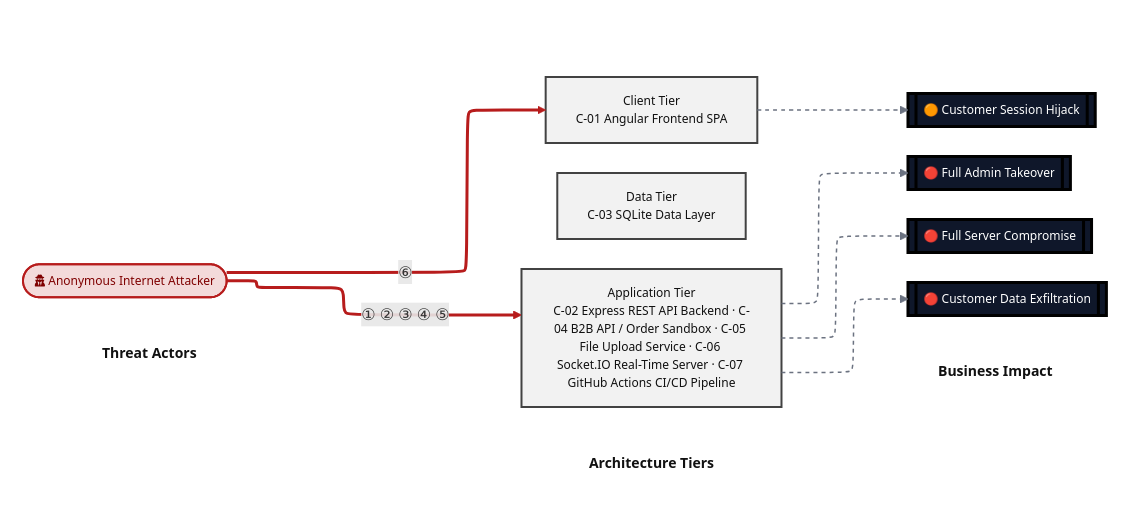
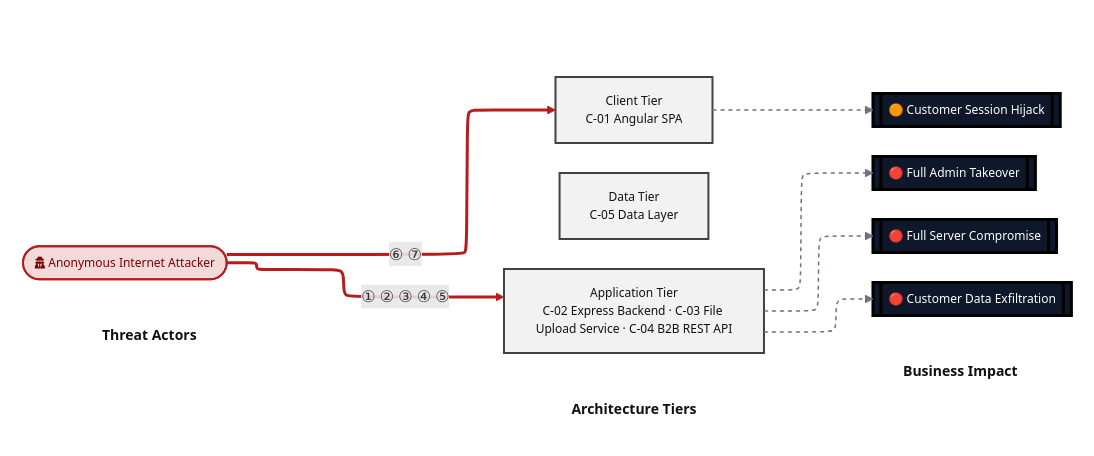
Before and after one commit to appsec-foundry/appsec-advisor: the second of 28 diagrams in examples/threat-modeler/threat-model-juice-shop-standard.md, drawn with Mermaid. The commit also changed other lines of this file and 12 other files, not shown here.

````diff
--- a/examples/threat-modeler/threat-model-juice-shop-standard.md
+++ b/examples/threat-modeler/threat-model-juice-shop-standard.md
@@ -212,69 +186,69 @@
 ```mermaid
 %%{init: {"flowchart": {"defaultRenderer": "elk", "nodeSpacing": 45, "rankSpacing": 95}} }%%
 flowchart LR
     subgraph ACTORS[" "]
         direction TB
         HDR_A["<b>Threat Actors</b>"]:::columnHeader
         ANON(["fa:fa-user-secret Anonymous Internet Attacker"]):::actorAnon
     end
 
     subgraph TIERS[" "]
         direction TB
         HDR_T["<b>Architecture Tiers</b>"]:::columnHeader
-        BROWSER["Client Tier<br/>C-01 Angular Frontend SPA"]:::tierClient
-        SERVER["Application Tier<br/>C-02 Express REST API Backend · C-04 B2B API / Order Sandbox · C-05 File Upload Service · C-06 Socket.IO Real-Time Server · C-07 GitHub Actions CI/CD Pipeline"]:::tierApp
-        DATA["Data Tier<br/>C-03 SQLite Data Layer"]:::tierData
+        BROWSER["Client Tier<br/>C-01 Angular SPA"]:::tierClient
+        SERVER["Application Tier<br/>C-02 Express Backend · C-03 File Upload Service · C-04 B2B REST API"]:::tierApp
+        DATA["Data Tier<br/>C-05 Data Layer"]:::tierData
     end
 
     subgraph IMPACT[" "]
         direction TB
         HDR_I["<b>Business Impact</b>"]:::columnHeader
         CUSTOMER_SESSION_HIJACK[["🟠 Customer Session Hijack"]]:::impact
         FULL_ADMIN_TAKEOVER[["🔴 Full Admin Takeover"]]:::impact
         FULL_SERVER_COMPROMISE[["🔴 Full Server Compromise"]]:::impact
         CUSTOMER_DATA_EXFILTRATION[["🔴 Customer Data Exfiltration"]]:::impact
     end
 
     %% Invisible alignment hints. Two purposes:
     %%   (a) keep per-component alignment edges (e.g. ANON --- SERVER) so the
     %%       forward attack arrows route horizontally without crossing tier
     %%       boxes (the diagram is forward-only: actor → tier → impact, no
     %%       backward relay edges into the actor column);
     %%   (b) chain the three column headers (HDR_A, HDR_T, HDR_I) across
     %%       subgraph boundaries so ELK pins them on the same Y line.
     HDR_A --- HDR_T
     HDR_T --- HDR_I
     ANON --- SERVER
 
     %% Attack arrows
     ANON ==>|" ① ② ③ ④ ⑤  "| SERVER
-    ANON ==>|" ⑥  "| BROWSER
+    ANON ==>|" ⑥ ⑦  "| BROWSER
 
     %% Consequence arrows (tier → business impact, all LR-forward)
     SERVER -.-> CUSTOMER_DATA_EXFILTRATION
     SERVER -.-> FULL_ADMIN_TAKEOVER
     SERVER -.-> FULL_SERVER_COMPROMISE
     BROWSER -.-> CUSTOMER_SESSION_HIJACK
 
     %% Subgraph frames invisible - column headers are emitted as the
     %% FIRST node of each subgraph (HDR_A / HDR_T / HDR_I) and pinned
     %% on the same Y line by the cross-subgraph alignment edges above.
     style ACTORS fill:none,stroke:none
     style TIERS  fill:none,stroke:none
     style IMPACT fill:none,stroke:none
 
     classDef tierClient fill:#f2f2f2,stroke:#424242,color:#111,stroke-width:2px,font-size:12px
     classDef tierApp    fill:#f2f2f2,stroke:#424242,color:#111,stroke-width:2px,font-size:12px
     classDef tierData   fill:#f2f2f2,stroke:#424242,color:#111,stroke-width:2px,font-size:12px
 
     classDef actorAnon     fill:#f3dada,stroke:#b71c1c,color:#7f0000,stroke-width:2px,font-size:12px
     classDef actorShopUser fill:#e8f1ea,stroke:#2e7d32,color:#1b5e20,stroke-width:2px,font-size:12px
     classDef impact        fill:#0f172a,stroke:#000,color:#fff,stroke-width:3px,font-size:12px
 
     classDef columnHeader  fill:none,stroke:none,color:#111,font-size:14px
 
     linkStyle 0,1,2     stroke:transparent,stroke-width:0px
     linkStyle 3,4     stroke:#b71c1c,stroke-width:3px
     linkStyle 5,6,7,8     stroke:#6b7280,stroke-width:1.5px,stroke-dasharray:4
 
 ```
````
